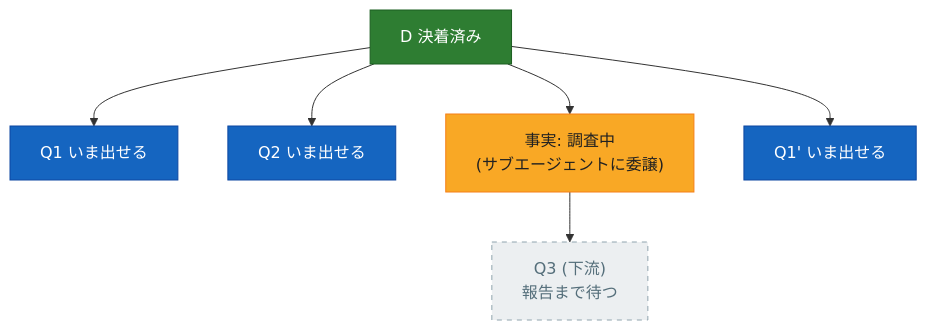
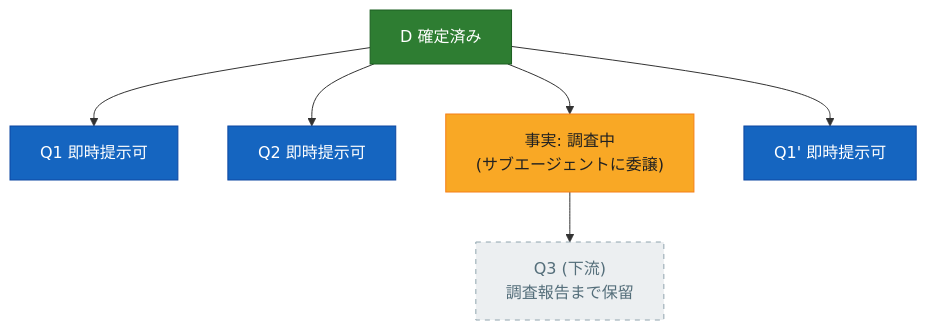
Before and after one commit to uehaj/zenn-articles: the fourth of 5 diagrams in articles/grilling-frontier-design-tree.md, drawn with Mermaid. The commit also changed other lines of this file, not shown here.

````diff
--- a/articles/grilling-frontier-design-tree.md
+++ b/articles/grilling-frontier-design-tree.md
@@ -142,16 +142,16 @@
 ```mermaid
 flowchart TB
-    D["D 決着済み"] --> Q1["Q1 いま出せる"]
-    D --> Q2["Q2 いま出せる"]
+    D["D 確定済み"] --> Q1["Q1 即時提示可"]
+    D --> Q2["Q2 即時提示可"]
     D --> F["事実: 調査中<br>(サブエージェントに委譲)"]
-    D --> Q1x["Q1' いま出せる"]
-    F --> Q3["Q3 (下流)<br>報告まで待つ"]
+    D --> Q1x["Q1' 即時提示可"]
+    F --> Q3["Q3 (下流)<br>調査報告まで保留"]
     classDef set fill:#2e7d32,stroke:#1b5e20,color:#ffffff
     classDef fro fill:#1565c0,stroke:#0d47a1,color:#ffffff
     classDef inv fill:#f9a825,stroke:#f57f17,color:#212121
     classDef blk fill:#eceff1,stroke:#90a4ae,color:#546e7a,stroke-dasharray:5 5
     class D set
     class Q1,Q2,Q1x fro
     class F inv
     class Q3 blk
 ```
````
